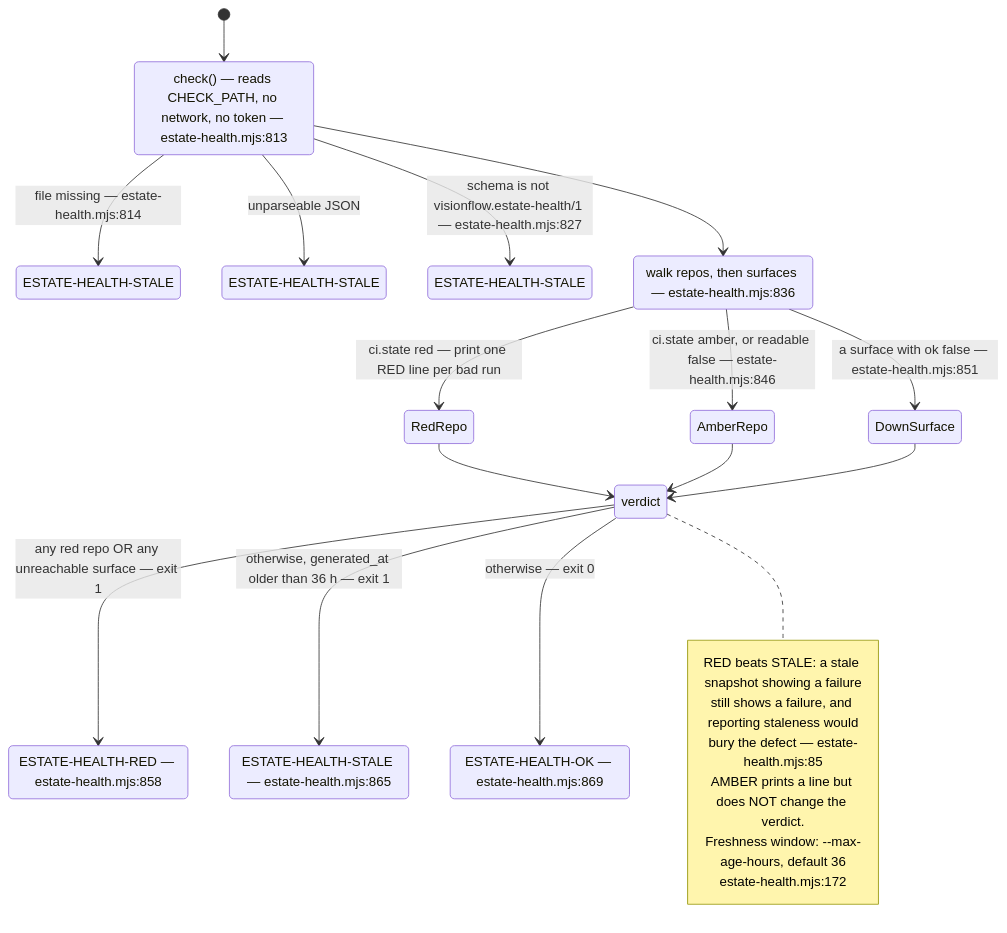
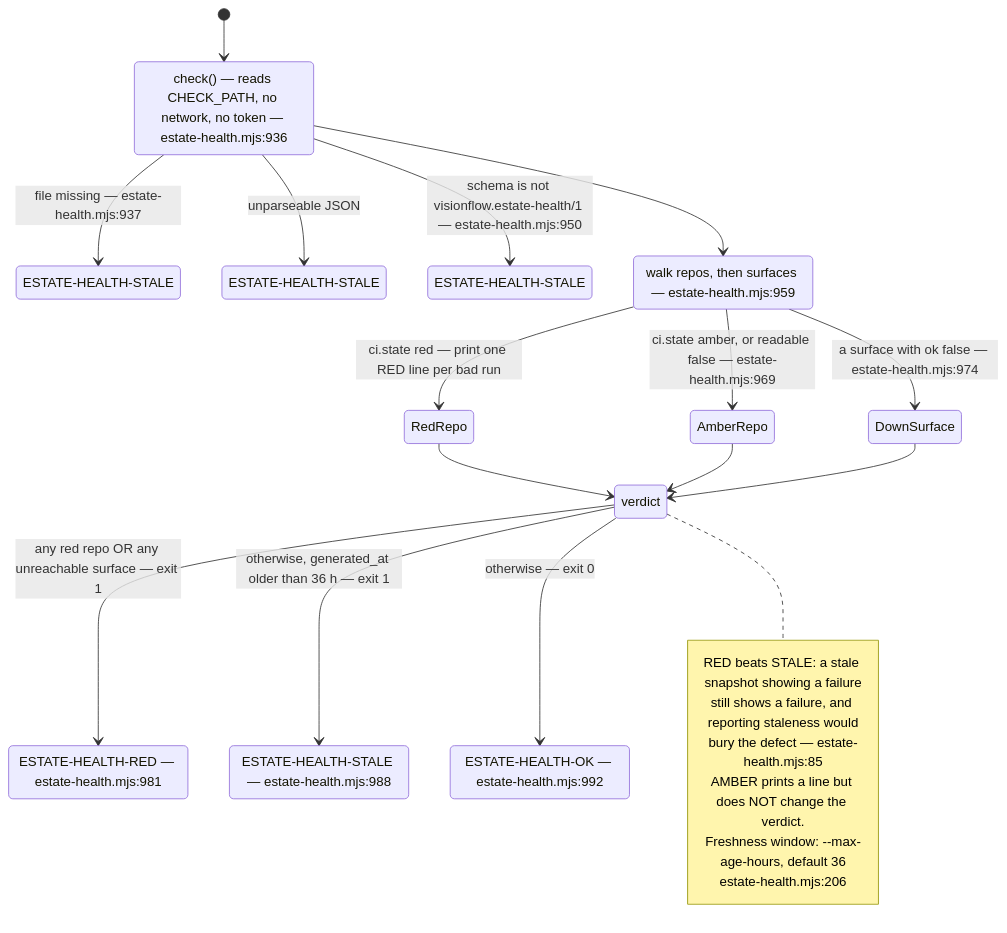
The sixth of 9 diagrams in docs/diagrams/visionflow/03-estate-health.md (DreamLab-AI/VisionFlow), drawn with Mermaid before and after one commit. The commit also changed other lines of this file and 94 other files, not shown here.

First line of the commit message:
docs(diagrams): re-verify 130 topics against 2 October HEADs

````diff
--- a/docs/diagrams/visionflow/03-estate-health.md
+++ b/docs/diagrams/visionflow/03-estate-health.md
@@ -165,35 +188,35 @@
 ```mermaid
 stateDiagram-v2
     direction TB
     [*] --> Load
-    state "check() — reads CHECK_PATH, no network, no token — estate-health.mjs:813" as Load
-    Load --> Stale1 : file missing — estate-health.mjs:814
+    state "check() — reads CHECK_PATH, no network, no token — estate-health.mjs:936" as Load
+    Load --> Stale1 : file missing — estate-health.mjs:937
     Load --> Stale2 : unparseable JSON
-    Load --> Stale3 : schema is not visionflow.estate-health/1 — estate-health.mjs:827
+    Load --> Stale3 : schema is not visionflow.estate-health/1 — estate-health.mjs:950
     Load --> Scan
-    state "walk repos, then surfaces — estate-health.mjs:836" as Scan
+    state "walk repos, then surfaces — estate-health.mjs:959" as Scan
     Scan --> RedRepo : ci.state red — print one RED line per bad run
-    Scan --> AmberRepo : ci.state amber, or readable false — estate-health.mjs:846
-    Scan --> DownSurface : a surface with ok false — estate-health.mjs:851
+    Scan --> AmberRepo : ci.state amber, or readable false — estate-health.mjs:969
+    Scan --> DownSurface : a surface with ok false — estate-health.mjs:974
     RedRepo --> Verdict
     AmberRepo --> Verdict
     DownSurface --> Verdict
     state "verdict" as Verdict
     Verdict --> RED : any red repo OR any unreachable surface — exit 1
     Verdict --> STALE : otherwise, generated_at older than 36 h — exit 1
     Verdict --> OK : otherwise — exit 0
-    state "ESTATE-HEALTH-RED — estate-health.mjs:858" as RED
-    state "ESTATE-HEALTH-STALE — estate-health.mjs:865" as STALE
-    state "ESTATE-HEALTH-OK — estate-health.mjs:869" as OK
+    state "ESTATE-HEALTH-RED — estate-health.mjs:981" as RED
+    state "ESTATE-HEALTH-STALE — estate-health.mjs:988" as STALE
+    state "ESTATE-HEALTH-OK — estate-health.mjs:992" as OK
     state "ESTATE-HEALTH-STALE" as Stale1
     state "ESTATE-HEALTH-STALE" as Stale2
     state "ESTATE-HEALTH-STALE" as Stale3
     note right of Verdict
       RED beats STALE: a stale snapshot showing a failure
       still shows a failure, and reporting staleness would
       bury the defect — estate-health.mjs:85
       AMBER prints a line but does NOT change the verdict.
       Freshness window: --max-age-hours, default 36
-      estate-health.mjs:172
+      estate-health.mjs:206
     end note
 ```
````
